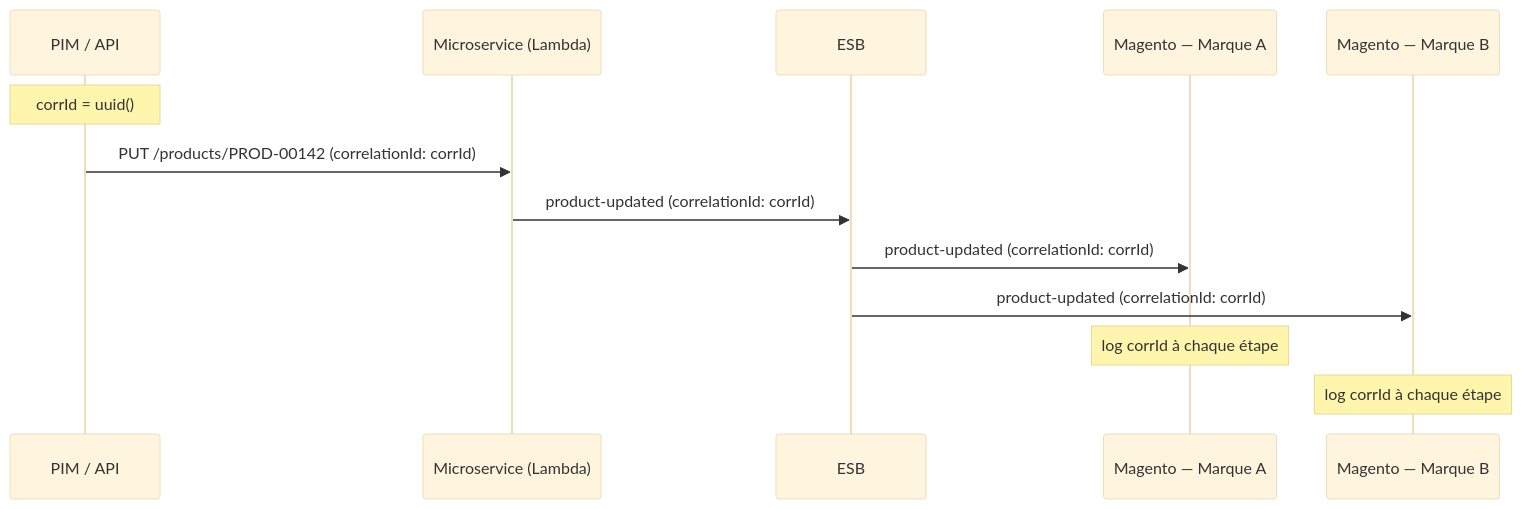
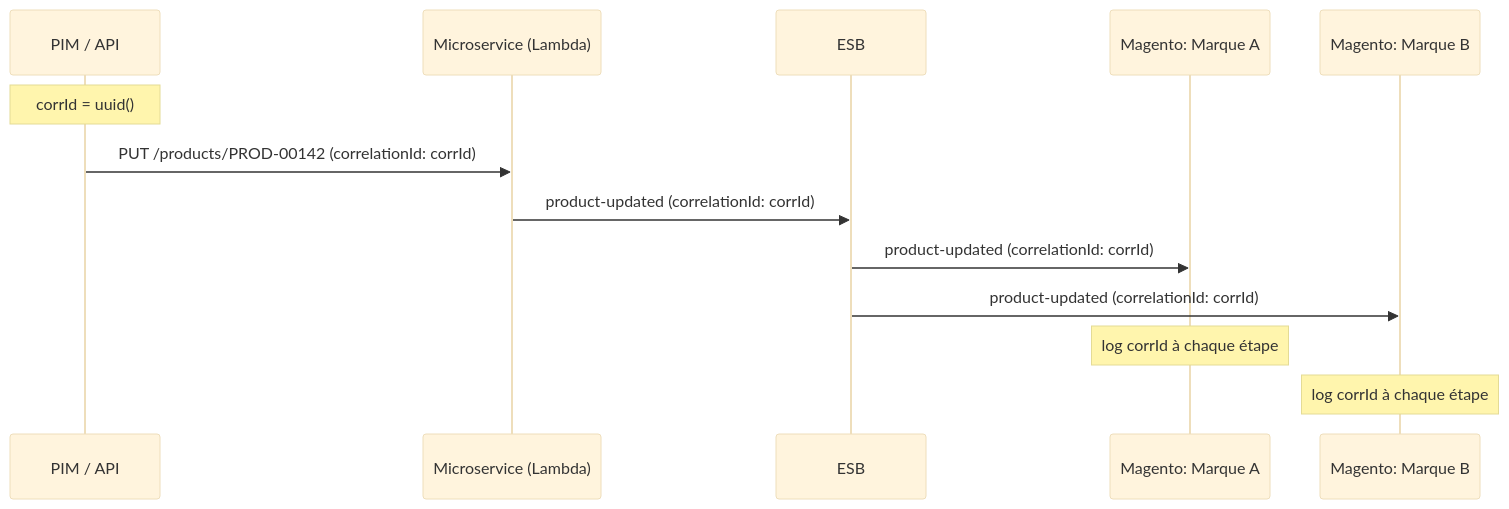
Before and after one commit to NicolasMugnier/nicolasmugnier.github.io: the second of 7 diagrams in _drafts/esb-microservices-ecommerce.markdown, drawn with Mermaid (base theme). The commit also changed other lines of this file and 12 other files, not shown here.

```diff
--- a/_drafts/esb-microservices-ecommerce.markdown
+++ b/_drafts/esb-microservices-ecommerce.markdown
@@ -138,16 +138,16 @@
 <div class="mermaid">
 sequenceDiagram
     participant PIM as PIM / API
     participant MS as Microservice (Lambda)
     participant ESB as ESB
-    participant M_A as Magento — Marque A
-    participant M_B as Magento — Marque B
+    participant M_A as Magento: Marque A
+    participant M_B as Magento: Marque B
 
     Note over PIM: corrId = uuid()
     PIM->>MS: PUT /products/PROD-00142 (correlationId: corrId)
     MS->>ESB: product-updated (correlationId: corrId)
     ESB->>M_A: product-updated (correlationId: corrId)
     ESB->>M_B: product-updated (correlationId: corrId)
     Note over M_A: log corrId à chaque étape
     Note over M_B: log corrId à chaque étape
 </div>
```
